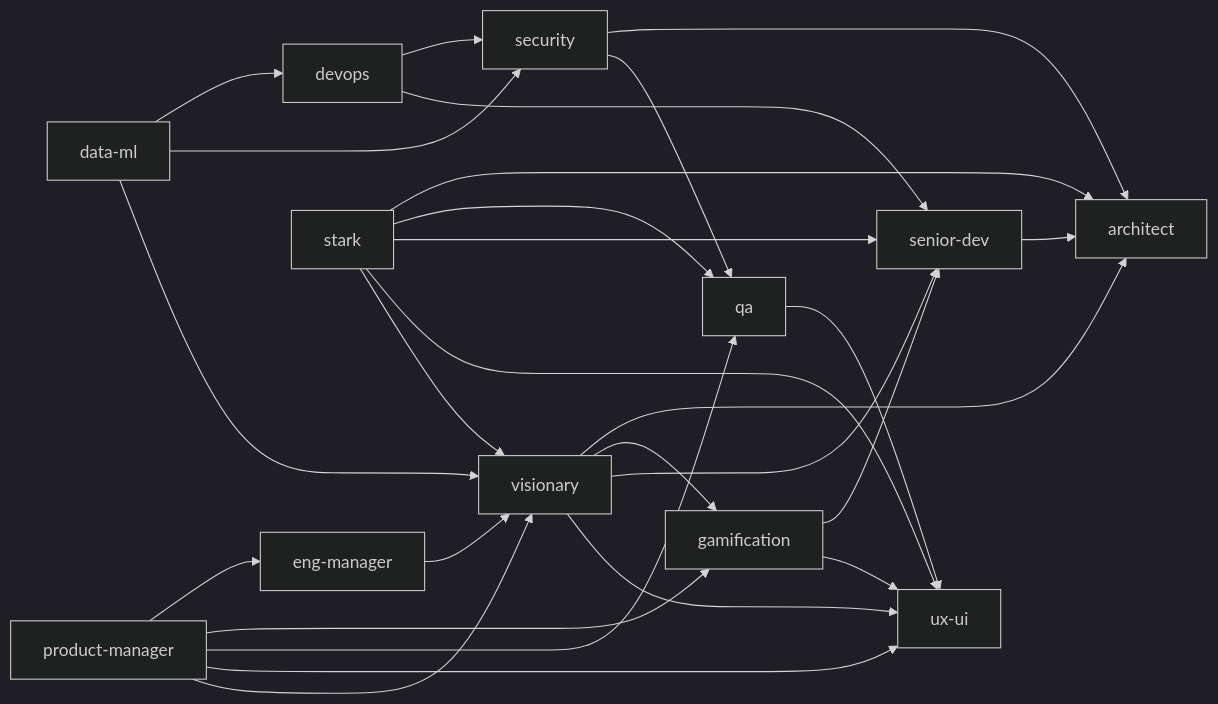
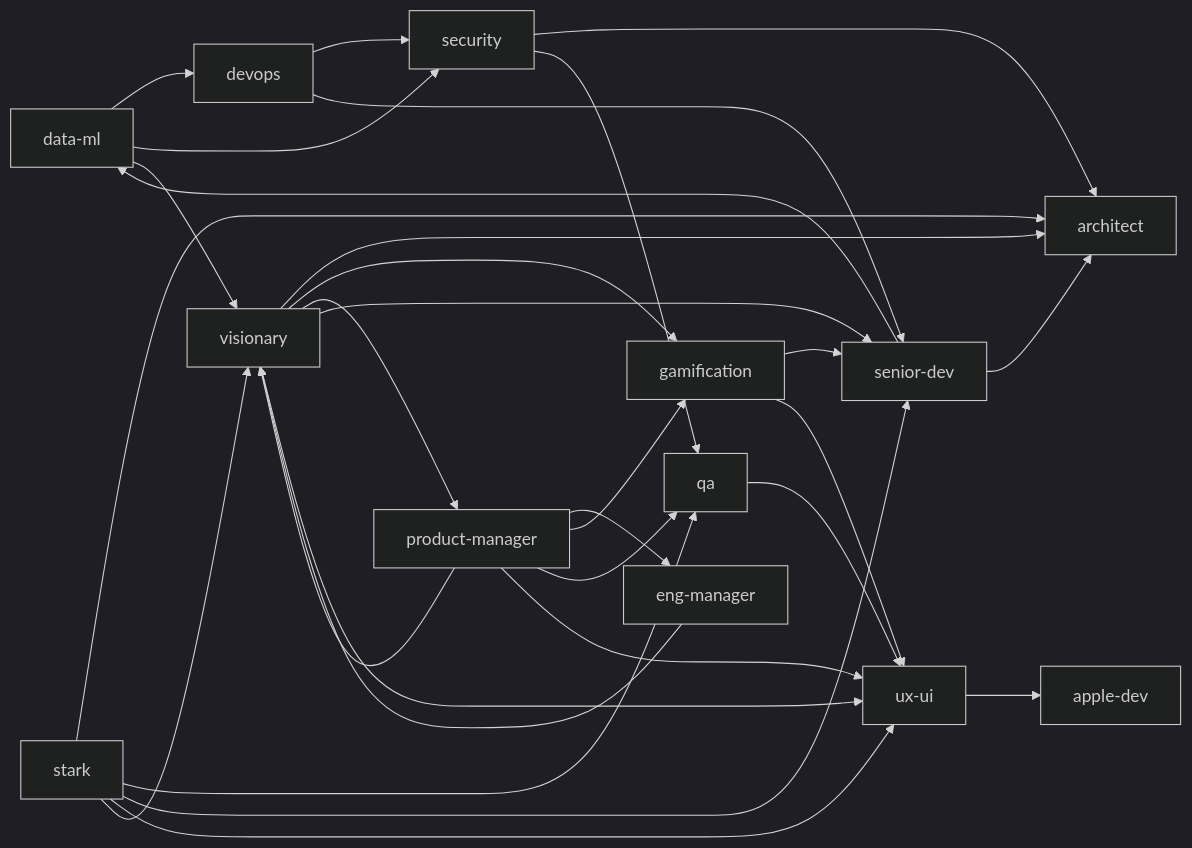
Before and after one commit to jrodrigopuca/local-agents: the second of 4 diagrams in GRAPH.md, drawn with Mermaid (dark theme). The commit also changed other lines of this file and 7 other files, not shown here.

````diff
--- a/GRAPH.md
+++ b/GRAPH.md
@@ -55,38 +57,42 @@
 ```mermaid
 flowchart LR
     data-ml --> devops
     data-ml --> security
     data-ml --> visionary
 
     devops --> security
     devops --> senior-dev
 
     eng-manager --> visionary
 
     gamification --> senior-dev
     gamification --> ux-ui
 
     product-manager --> eng-manager
     product-manager --> gamification
     product-manager --> qa
     product-manager --> ux-ui
     product-manager --> visionary
 
     qa --> ux-ui
 
     security --> architect
     security --> qa
 
     senior-dev --> architect
+    senior-dev --> data-ml
 
     stark --> architect
     stark --> qa
     stark --> senior-dev
     stark --> ux-ui
     stark --> visionary
 
+    ux-ui --> apple-dev
+
     visionary --> architect
     visionary --> gamification
+    visionary --> product-manager
     visionary --> senior-dev
     visionary --> ux-ui
 ```
````
